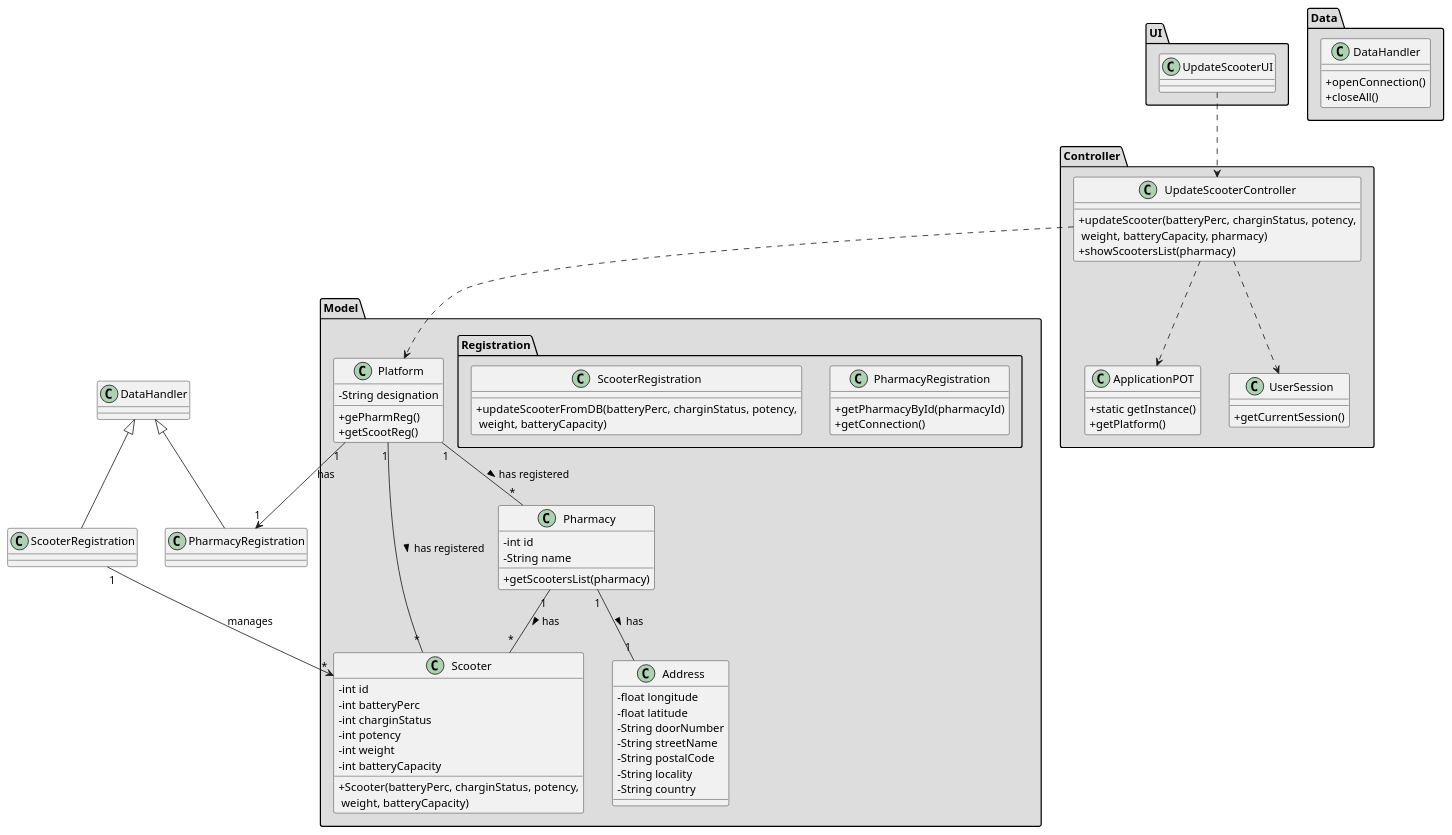
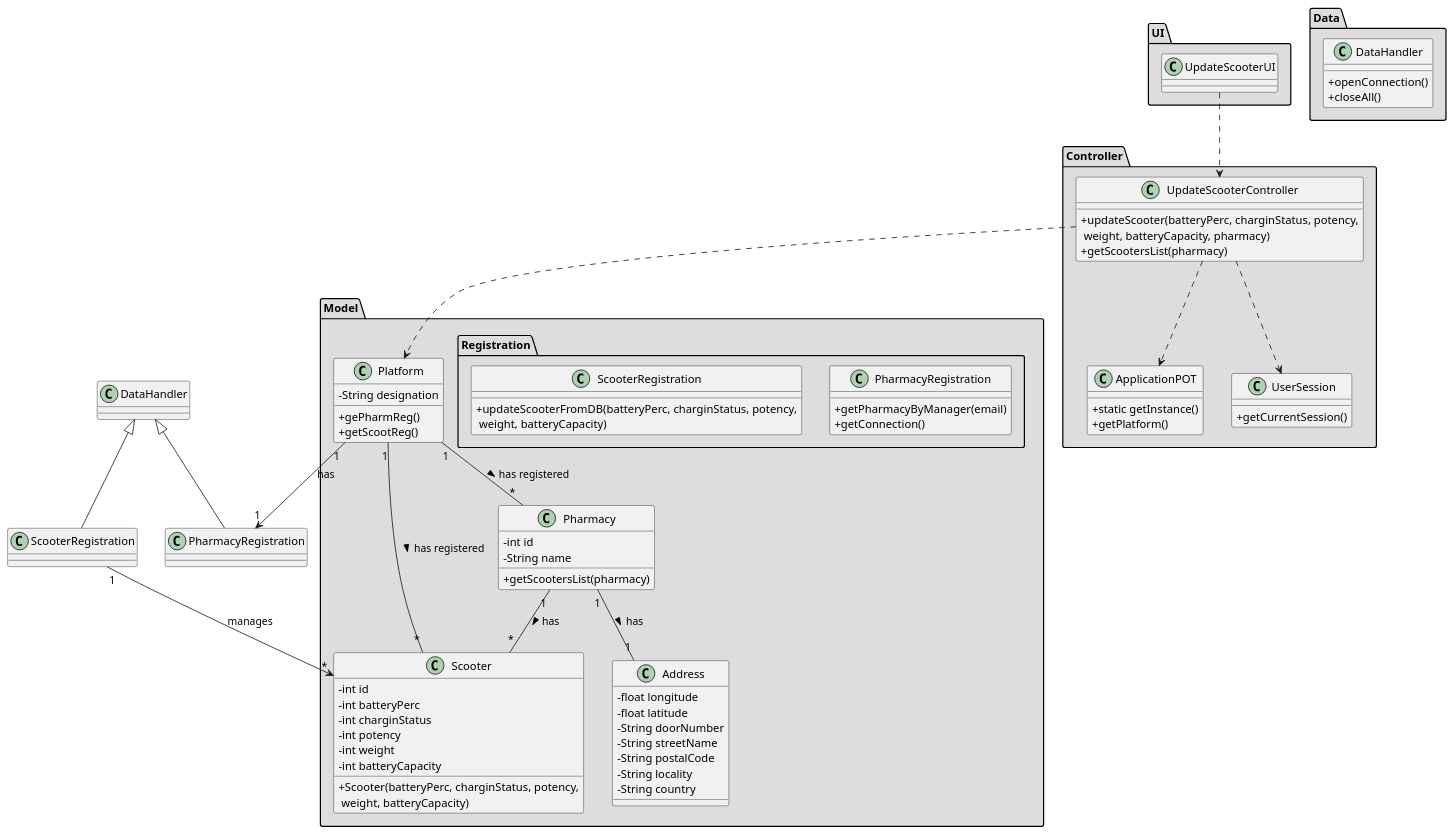
The diagram in docs/Iteration 1/Scooter Management/US32_UpdateScooter/US32_CD.puml (tiagoavcosta25/LAPR3), drawn with PlantUML before and after one commit. The commit also changed 3 other files, not shown here.

```diff
--- a/docs/Iteration 1/Scooter Management/US32_UpdateScooter/US32_CD.puml
+++ b/docs/Iteration 1/Scooter Management/US32_UpdateScooter/US32_CD.puml
@@ -1,101 +1,101 @@
 @startuml
 skinparam classAttributeIconSize 0
 
 package "UI" #DDDDDD {
 class UpdateScooterUI{
 
 }
 }
 
 
 package "Controller" #DDDDDD {
 class UpdateScooterController{
 +updateScooter(batteryPerc, charginStatus, potency,\n weight, batteryCapacity, pharmacy)
-+showScootersList(pharmacy)
++getScootersList(pharmacy)
 }
 
 class ApplicationPOT
 {
   +static getInstance()
   +getPlatform()
 }
 
 class UserSession
 {
   +getCurrentSession()
 }
 }
 
 
 package "Model" #DDDDDD {
 class Platform {
   -String designation
   +gePharmReg()
   +getScootReg()
 }
 package "Registration" #DDDDDD {
  class PharmacyRegistration{
-     +getPharmacyById(pharmacyId)
+     +getPharmacyByManager(email)
      +getConnection()
  }
 
  class ScooterRegistration{
       +updateScooterFromDB(batteryPerc, charginStatus, potency,\n weight, batteryCapacity)
   }
  }
 }
 
 package "Model" #DDDDDD {
 class Scooter{
   -int id
   -int batteryPerc
   -int charginStatus
   -int potency
   -int weight
   -int batteryCapacity
   +Scooter(batteryPerc, charginStatus, potency,\n weight, batteryCapacity)
 }
 
 class Address{
   -float longitude
   -float latitude
   -String doorNumber
   -String streetName
   -String postalCode
   -String locality
   -String country
 }
 
 class Pharmacy {
   -int id
   -String name
   +getScootersList(pharmacy)
 }
 
 }
 
 
 package "Data" #DDDDDD {
 class DataHandler{
     +openConnection()
     +closeAll()
 }
 }
 
 class PharmacyRegistration extends DataHandler
 class ScooterRegistration extends DataHandler
 
 UpdateScooterUI ..> UpdateScooterController
 UpdateScooterController ..> Platform
 UpdateScooterController ..> ApplicationPOT
 UpdateScooterController ..> UserSession
 Platform "1" --> "1" PharmacyRegistration : has
 ScooterRegistration "1" --> "*" Scooter : manages
 
 Platform "1" -- "*" Pharmacy : has registered >
 Platform "1" -- "*" Scooter : has registered >
 
 Pharmacy "1" -- "*" Scooter : has >
 Pharmacy "1" -- "1" Address : has >
 
 @enduml
```
